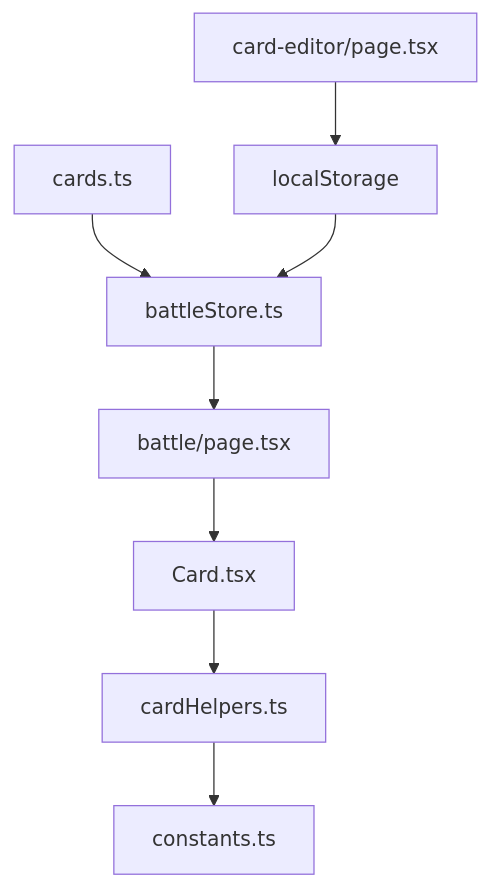
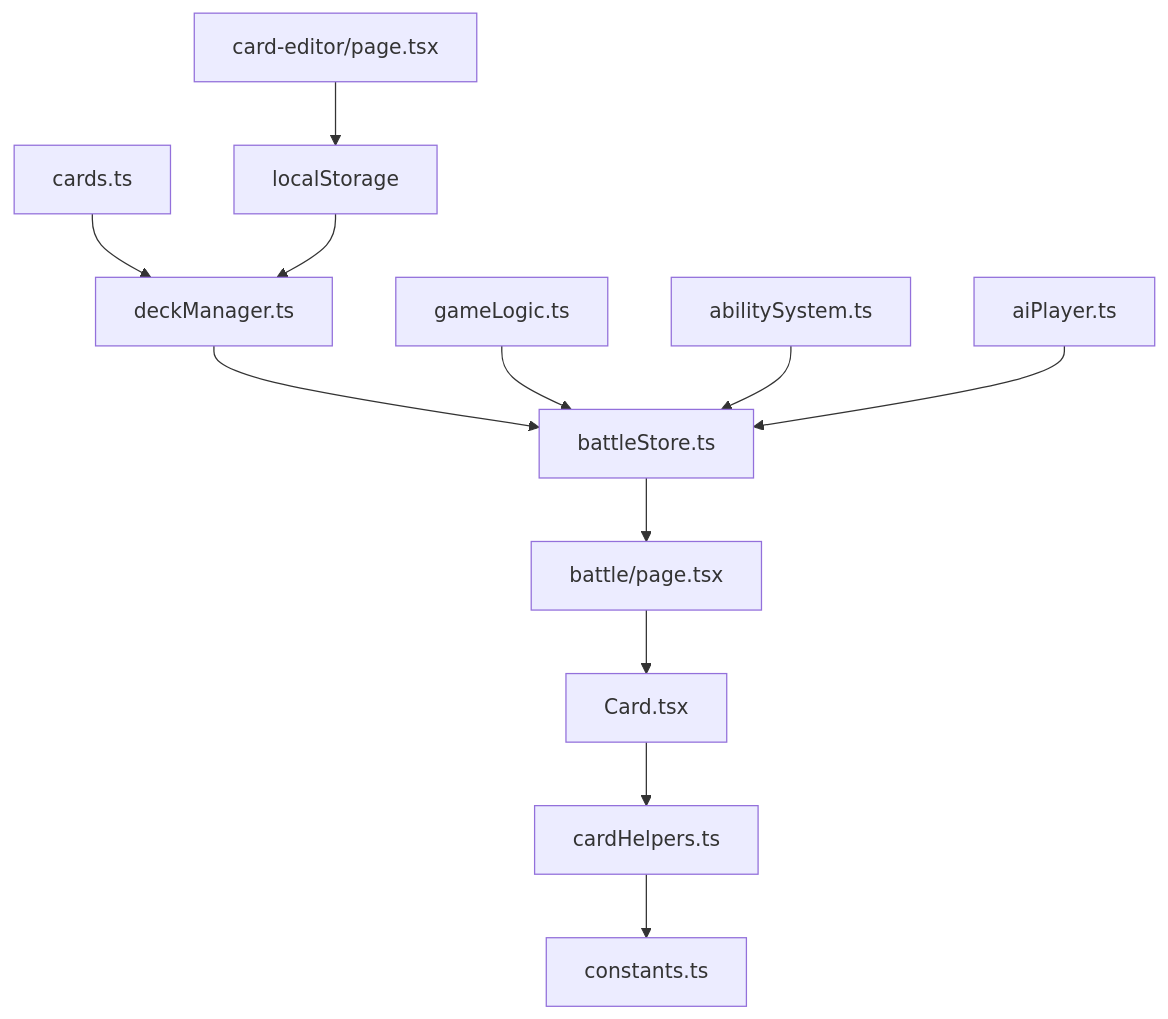
One commit to StephenJamesDunne/final-year-project changed the diagram in README.md. Above: the diagram before and after it, drawn with Mermaid. The commit also changed other lines of this file and 1 other file, not shown here.

````diff
--- a/README.md
+++ b/README.md
@@ -166,11 +217,16 @@
 ```mermaid
 graph TD
-    A[cards.ts] --> B[battleStore.ts]
-    B --> C[battle/page.tsx]
-    C --> D[Card.tsx]
-    D --> E[cardHelpers.ts]
-    E --> F[constants.ts]
+    A[cards.ts] --> B[deckManager.ts]
+    B --> C[battleStore.ts]
+    C --> D[battle/page.tsx]
+    D --> E[Card.tsx]
+    E --> F[cardHelpers.ts]
+    F --> G[constants.ts]
     
-    G[card-editor/page.tsx] --> H[localStorage]
-    H --> B
+    H[gameLogic.ts] --> C
+    I[abilitySystem.ts] --> C
+    J[aiPlayer.ts] --> C
+    
+    K[card-editor/page.tsx] --> L[localStorage]
+    L --> B
 ```
````
